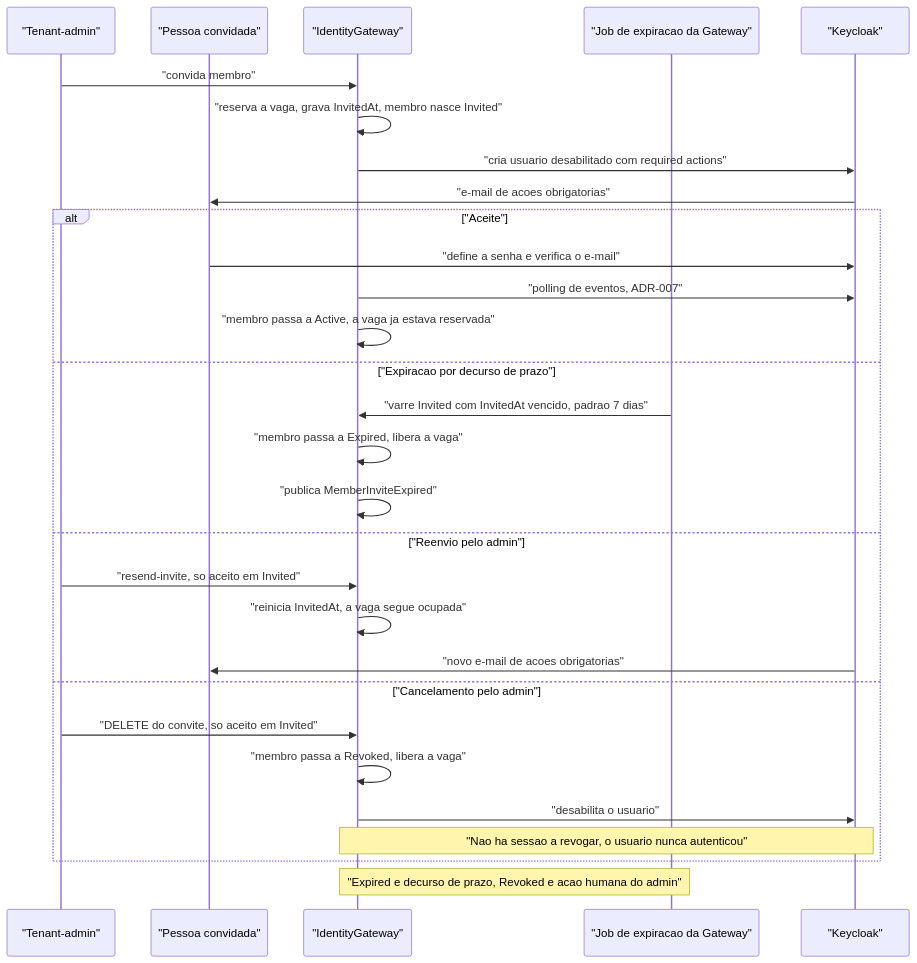
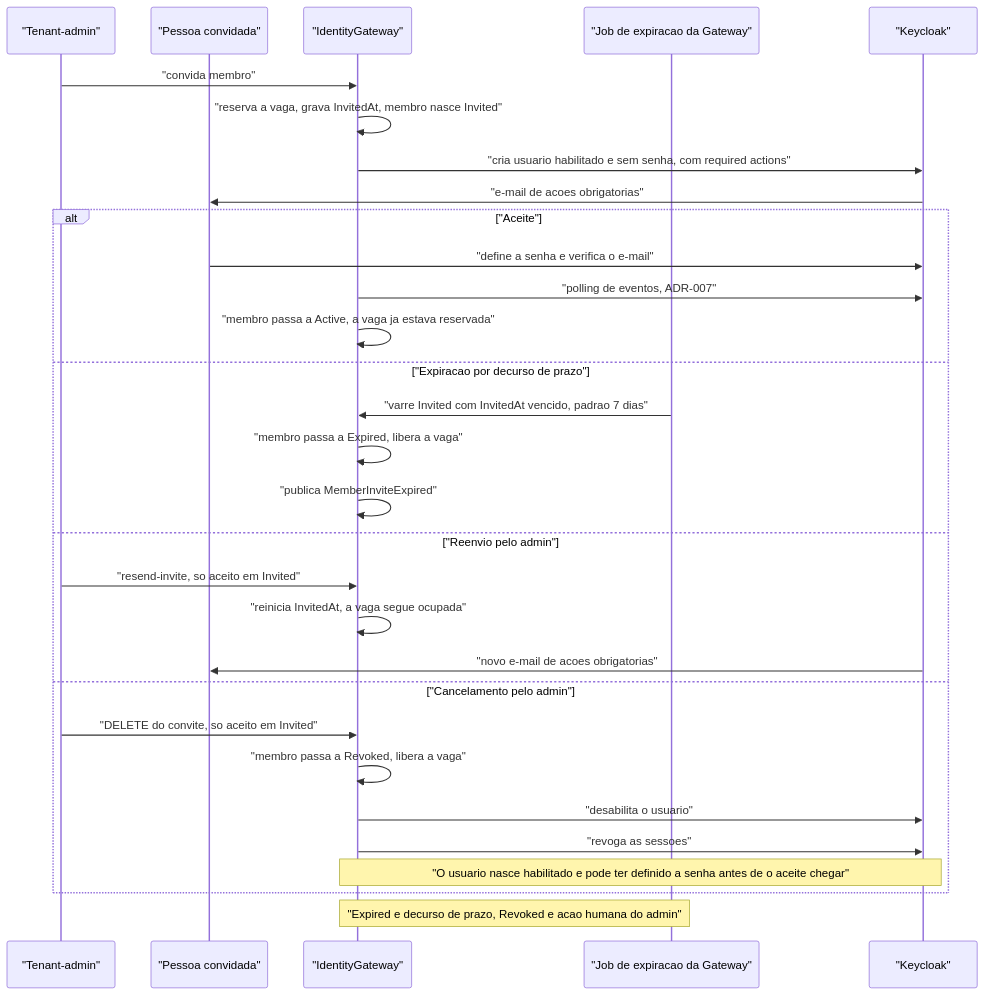
One commit to Joseleno/identity-gateway changed diagram 13 of 16 in docs/documentacao-negocio.md. Above: the diagram before and after it, drawn with Mermaid. The commit also changed other lines of this file and 4 other files, not shown here.

````diff
--- a/docs/documentacao-negocio.md
+++ b/docs/documentacao-negocio.md
@@ -1944,34 +1965,35 @@
 ```mermaid
 sequenceDiagram
     participant ADM as "Tenant-admin"
     participant USR as "Pessoa convidada"
     participant GW as "IdentityGateway"
     participant JOB as "Job de expiracao da Gateway"
     participant KC as "Keycloak"
 
     ADM->>GW: "convida membro"
     GW->>GW: "reserva a vaga, grava InvitedAt, membro nasce Invited"
-    GW->>KC: "cria usuario desabilitado com required actions"
+    GW->>KC: "cria usuario habilitado e sem senha, com required actions"
     KC->>USR: "e-mail de acoes obrigatorias"
 
     alt "Aceite"
         USR->>KC: "define a senha e verifica o e-mail"
         GW->>KC: "polling de eventos, ADR-007"
         GW->>GW: "membro passa a Active, a vaga ja estava reservada"
     else "Expiracao por decurso de prazo"
         JOB->>GW: "varre Invited com InvitedAt vencido, padrao 7 dias"
         GW->>GW: "membro passa a Expired, libera a vaga"
         GW->>GW: "publica MemberInviteExpired"
     else "Reenvio pelo admin"
         ADM->>GW: "resend-invite, so aceito em Invited"
         GW->>GW: "reinicia InvitedAt, a vaga segue ocupada"
         KC->>USR: "novo e-mail de acoes obrigatorias"
     else "Cancelamento pelo admin"
         ADM->>GW: "DELETE do convite, so aceito em Invited"
         GW->>GW: "membro passa a Revoked, libera a vaga"
         GW->>KC: "desabilita o usuario"
-        Note over GW,KC: "Nao ha sessao a revogar, o usuario nunca autenticou"
+        GW->>KC: "revoga as sessoes"
+        Note over GW,KC: "O usuario nasce habilitado e pode ter definido a senha antes de o aceite chegar"
     end
 
     Note over GW,JOB: "Expired e decurso de prazo, Revoked e acao humana do admin"
 ```
````
